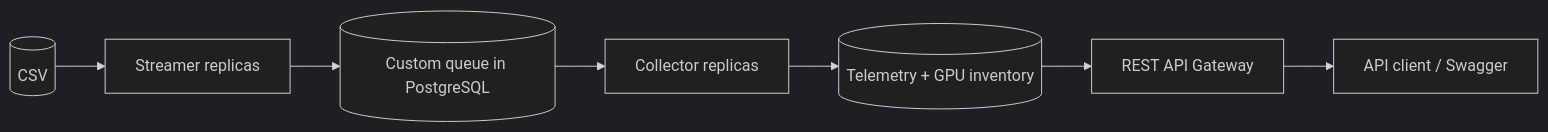
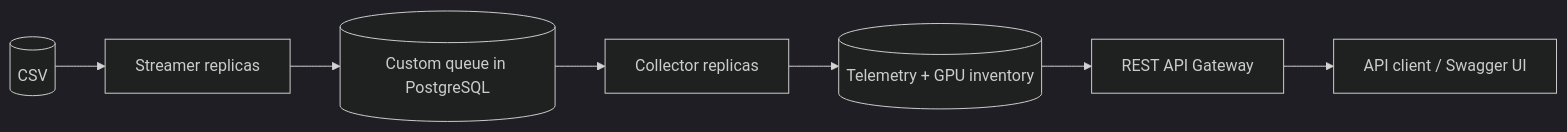
The diagram in README.md (shubhendu-abhishek/gpu-telemetry-pipeline), drawn with Mermaid (dark theme) before and after one commit. The commit also changed other lines of this file, not shown here.

````diff
--- a/README.md
+++ b/README.md
@@ -23,9 +25,9 @@
-```mermaid
+~~~mermaid
 flowchart LR
  CSV[(CSV)] --> S[Streamer replicas]
  S --> Q[(Custom queue in PostgreSQL)]
  Q --> C[Collector replicas]
  C --> DB[(Telemetry + GPU inventory)]
  DB --> API[REST API Gateway]
- API --> Client[API client / Swagger]
-```
+ API --> Client[API client / Swagger UI]
+~~~
````
